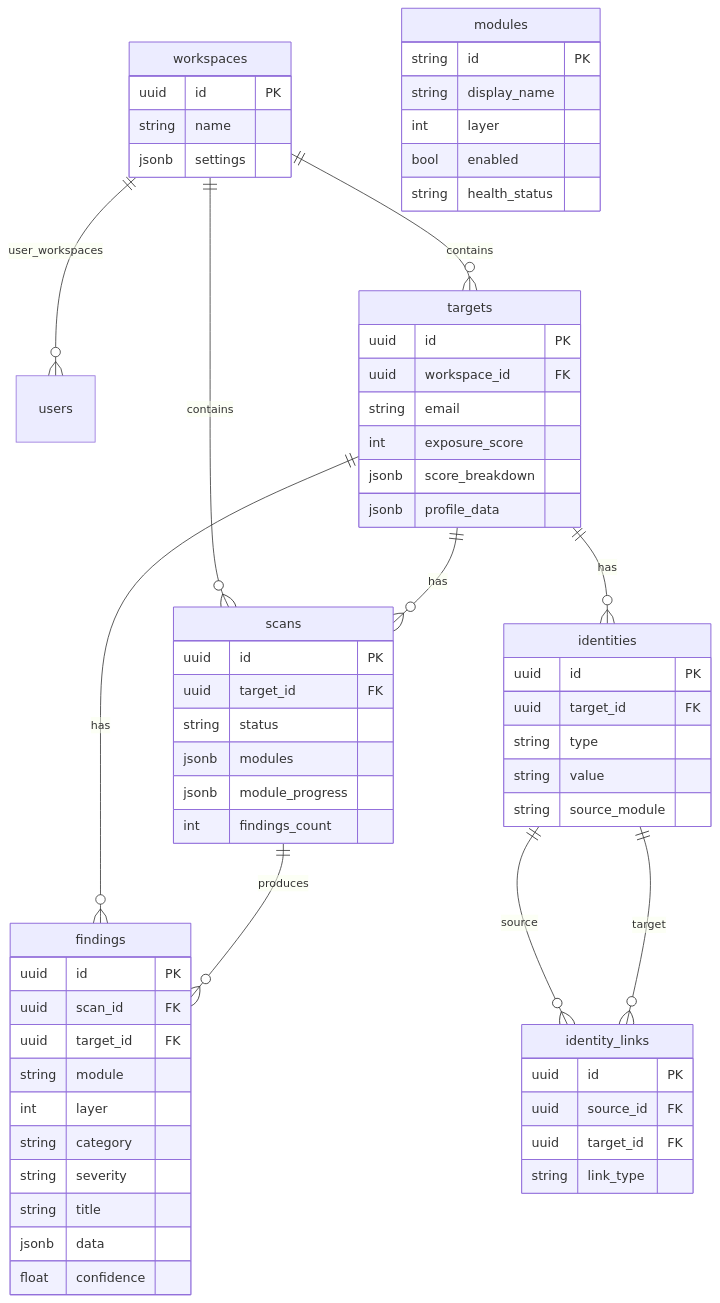
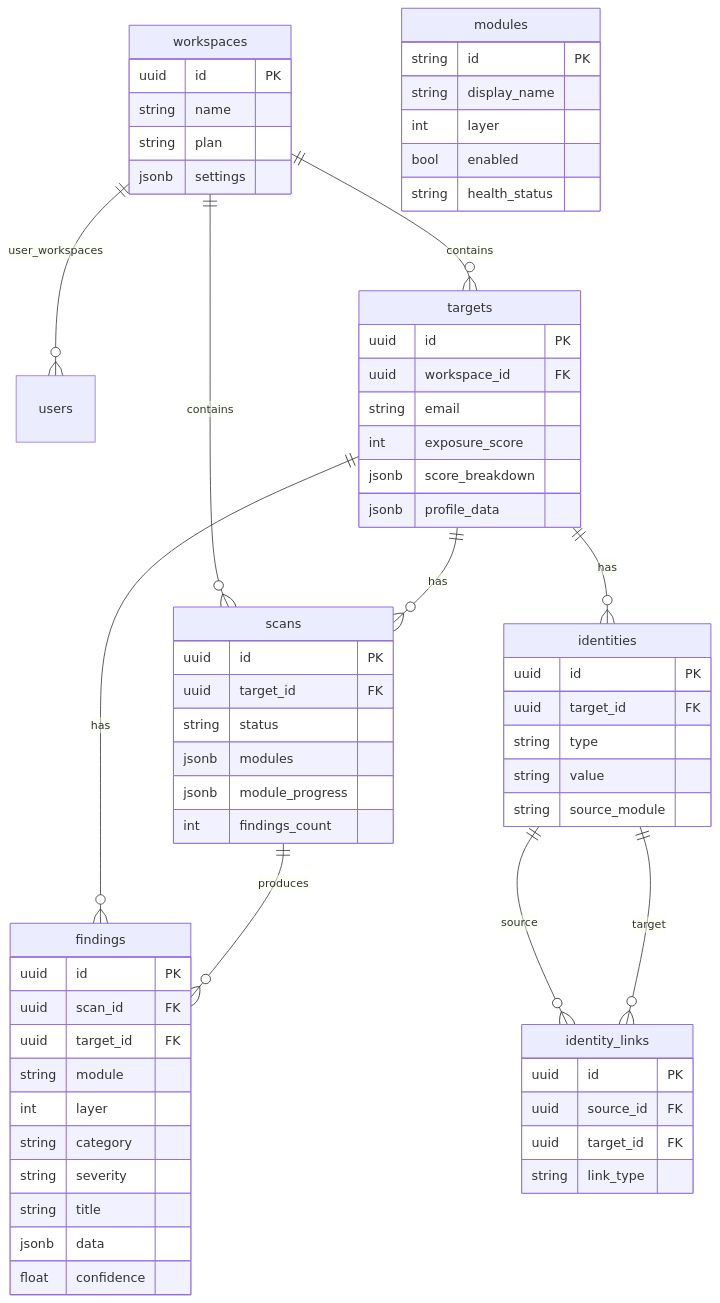
One commit to nabz0r/xposeTIP changed the third of 3 diagrams in docs/ARCHITECTURE.md. Above: the diagram before and after it, drawn with Mermaid. The commit also changed other lines of this file and 4 other files, not shown here.

````diff
--- a/docs/ARCHITECTURE.md
+++ b/docs/ARCHITECTURE.md
@@ -81,66 +81,67 @@
 ```mermaid
 erDiagram
     workspaces ||--o{ users : "user_workspaces"
     workspaces ||--o{ targets : contains
     workspaces ||--o{ scans : contains
     targets ||--o{ scans : has
     targets ||--o{ findings : has
     targets ||--o{ identities : has
     scans ||--o{ findings : produces
     identities ||--o{ identity_links : source
     identities ||--o{ identity_links : target
 
     workspaces {
         uuid id PK
         string name
+        string plan
         jsonb settings
     }
     targets {
         uuid id PK
         uuid workspace_id FK
         string email
         int exposure_score
         jsonb score_breakdown
         jsonb profile_data
     }
     scans {
         uuid id PK
         uuid target_id FK
         string status
         jsonb modules
         jsonb module_progress
         int findings_count
     }
     findings {
         uuid id PK
         uuid scan_id FK
         uuid target_id FK
         string module
         int layer
         string category
         string severity
         string title
         jsonb data
         float confidence
     }
     identities {
         uuid id PK
         uuid target_id FK
         string type
         string value
         string source_module
     }
     identity_links {
         uuid id PK
         uuid source_id FK
         uuid target_id FK
         string link_type
     }
     modules {
         string id PK
         string display_name
         int layer
         bool enabled
         string health_status
     }
 ```
````
